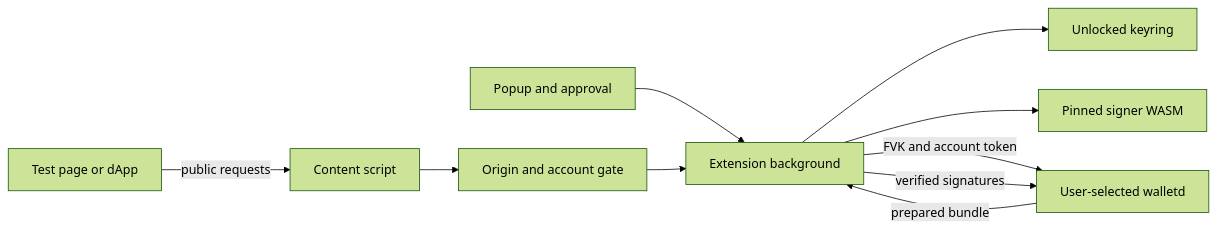
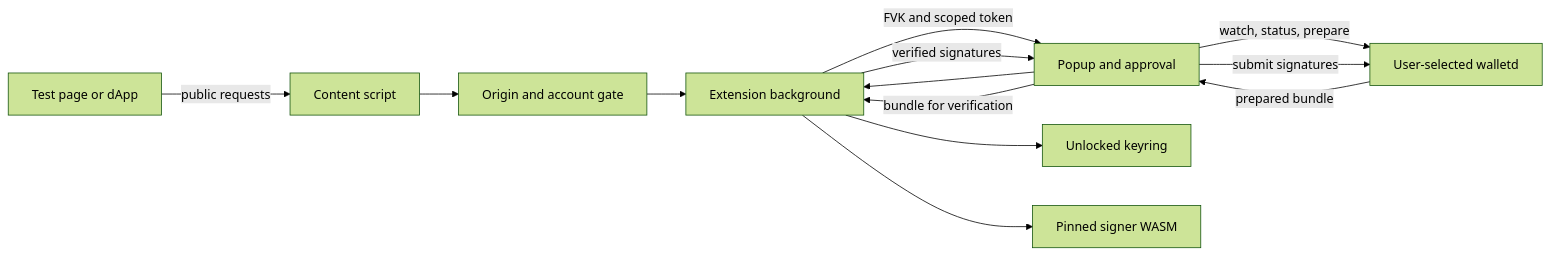
One commit to forbole/kastle changed the diagram in docs/ai/design/2026-09-19-feature-zkas-support.md. Above: the diagram before and after it, drawn with Mermaid (forest theme). The commit also changed other lines of this file and 12 other files, not shown here.

````diff
--- a/docs/ai/design/2026-09-19-feature-zkas-support.md
+++ b/docs/ai/design/2026-09-19-feature-zkas-support.md
@@ -11,12 +11,15 @@
 ```mermaid
 flowchart LR
   Page[Test page or dApp] -->|public requests| Bridge[Content script]
   Bridge --> Gate[Origin and account gate]
   UI[Popup and approval] --> Core[Extension background]
   Gate --> Core
   Core --> Keyring[Unlocked keyring]
   Core --> Signer[Pinned signer WASM]
-  Core -->|FVK and account token| Daemon[User-selected walletd]
-  Daemon -->|prepared bundle| Core
-  Core -->|verified signatures| Daemon
+  Core -->|FVK and scoped token| UI
+  UI -->|watch, status, prepare| Daemon[User-selected walletd]
+  Daemon -->|prepared bundle| UI
+  UI -->|bundle for verification| Core
+  Core -->|verified signatures| UI
+  UI -->|submit signatures| Daemon
 ```
````
